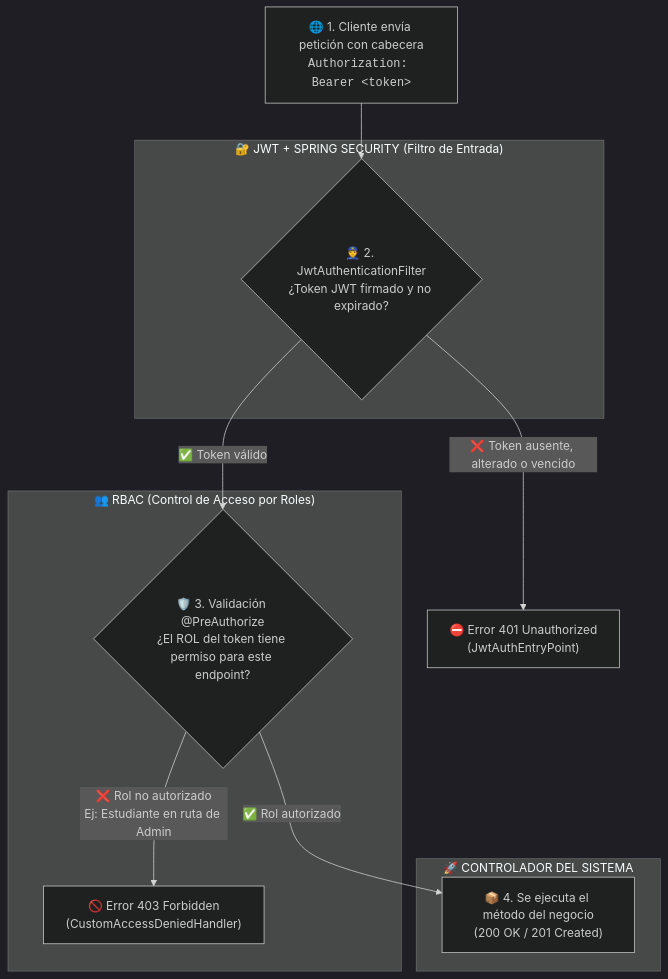
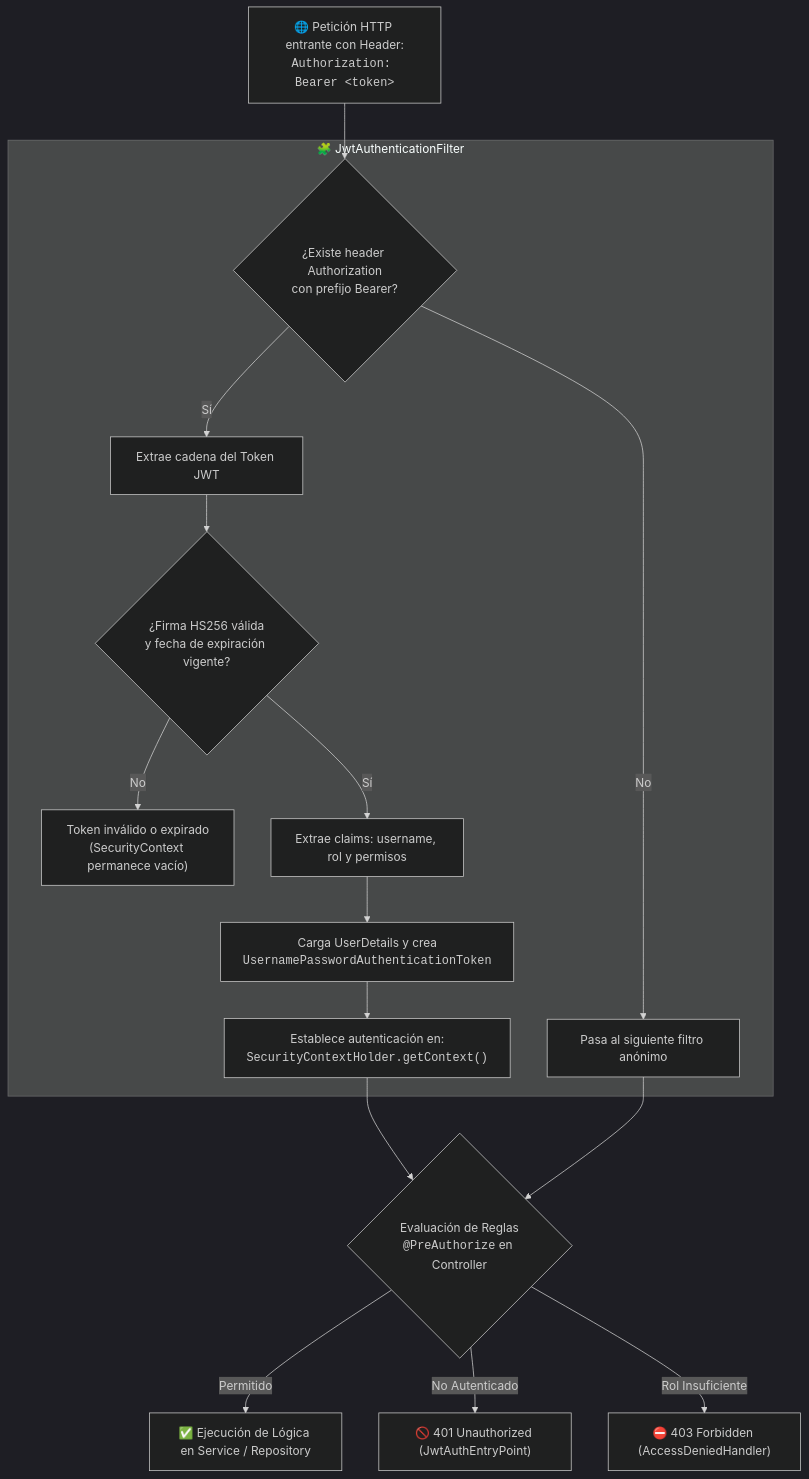
One commit to WRivxs/SGTU-Tutorias-Universitarias changed the second of 2 diagrams in docs/Entrega3_Arquitectura_Seguridad.md. Above: the diagram before and after it, drawn with Mermaid (dark theme). The commit also changed other lines of this file and 5 other files, not shown here.

````diff
--- a/docs/Entrega3_Arquitectura_Seguridad.md
+++ b/docs/Entrega3_Arquitectura_Seguridad.md
@@ -100,19 +118,22 @@
 ```mermaid
 flowchart TD
-    A["🌐 1. Cliente envía petición con cabecera<br/><code>Authorization: Bearer &lt;token&gt;</code>"] --> B
+    A["🌐 Petición HTTP entrante con Header:<br/><code>Authorization: Bearer &lt;token&gt;</code>"] --> B
 
-    subgraph JWT2 ["🔐 JWT + SPRING SECURITY (Filtro de Entrada)"]
-        B{"👮 2. JwtAuthenticationFilter<br/>¿Token JWT firmado y no expirado?"}
+    subgraph Filter ["🧩 JwtAuthenticationFilter"]
+        B{"¿Existe header Authorization<br/>con prefijo Bearer?"}
+        B -->|No| C["Pasa al siguiente filtro anónimo"]
+        B -->|Sí| D["Extrae cadena del Token JWT"]
+        D --> E{"¿Firma HS256 válida<br/>y fecha de expiración vigente?"}
+        E -->|No| F["Token inválido o expirado<br/>(SecurityContext permanece vacío)"]
+        E -->|Sí| G["Extrae claims: username, rol y permisos"]
+        G --> H["Carga UserDetails y crea<br/><code>UsernamePasswordAuthenticationToken</code>"]
+        H --> I["Establece autenticación en:<br/><code>SecurityContextHolder.getContext()</code>"]
     end
 
-    B -->|❌ Token ausente, alterado o vencido| C["⛔ Error 401 Unauthorized<br/>(JwtAuthEntryPoint)"]
+    I --> J{"Evaluación de Reglas<br/><code>@PreAuthorize</code> en Controller"}
+    C --> J
 
-    subgraph RBAC2 ["👥 RBAC (Control de Acceso por Roles)"]
-        B -->|✅ Token válido| D{"🛡️ 3. Validación @PreAuthorize<br/>¿El ROL del token tiene permiso para este endpoint?"}
-        D -->|❌ Rol no autorizado<br/>Ej: Estudiante en ruta de Admin| E["🚫 Error 403 Forbidden<br/>(CustomAccessDeniedHandler)"]
-    end
-
-    subgraph APP ["🚀 CONTROLADOR DEL SISTEMA"]
-        D -->|✅ Rol autorizado| F["📦 4. Se ejecuta el método del negocio<br/>(200 OK / 201 Created)"]
-    end
+    J -->|Permitido| K["✅ Ejecución de Lógica en Service / Repository"]
+    J -->|No Autenticado| L["🚫 401 Unauthorized (JwtAuthEntryPoint)"]
+    J -->|Rol Insuficiente| M["⛔ 403 Forbidden (AccessDeniedHandler)"]
 ```
````
